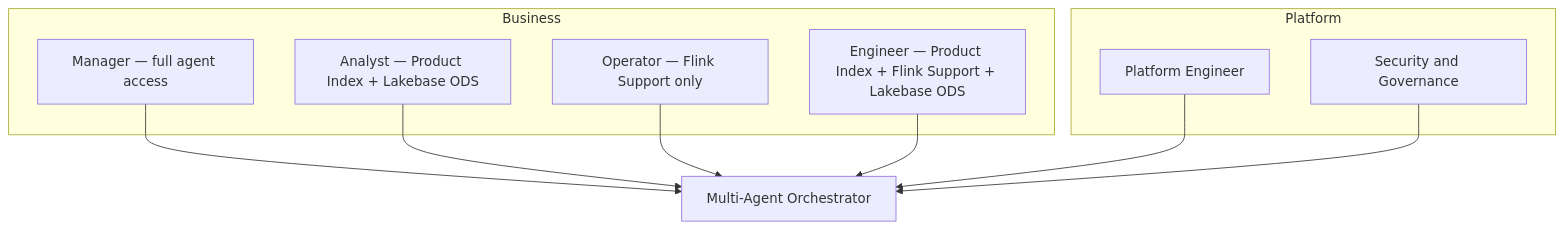
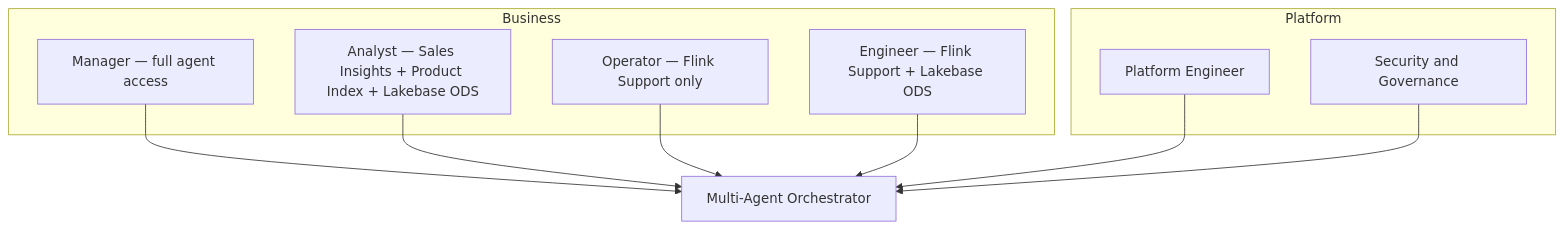
One commit to wchen-dea/Governed-Multi-Agent-Intelligence-on-Databricks changed the second of 4 diagrams in docs/architecture/design-artifacts/01-concept-high-level.md. Above: the diagram before and after it, drawn with Mermaid. The commit also changed 19 other files, not shown here.

````diff
--- a/docs/architecture/design-artifacts/01-concept-high-level.md
+++ b/docs/architecture/design-artifacts/01-concept-high-level.md
@@ -18,22 +18,22 @@
 ```mermaid
 flowchart TB
     subgraph Business
         U1[Manager — full agent access]
-        U2[Analyst — Product Index + Lakebase ODS]
+        U2[Analyst — Sales Insights + Product Index + Lakebase ODS]
         U3[Operator — Flink Support only]
-        U4[Engineer — Product Index + Flink Support + Lakebase ODS]
+        U4[Engineer — Flink Support + Lakebase ODS]
     end
 
     subgraph Platform
         O1[Platform Engineer]
         O2[Security and Governance]
     end
 
     U1 --> SYS[Multi-Agent Orchestrator]
     U2 --> SYS
     U3 --> SYS
     U4 --> SYS
 
     O1 --> SYS
     O2 --> SYS
 ```
````
